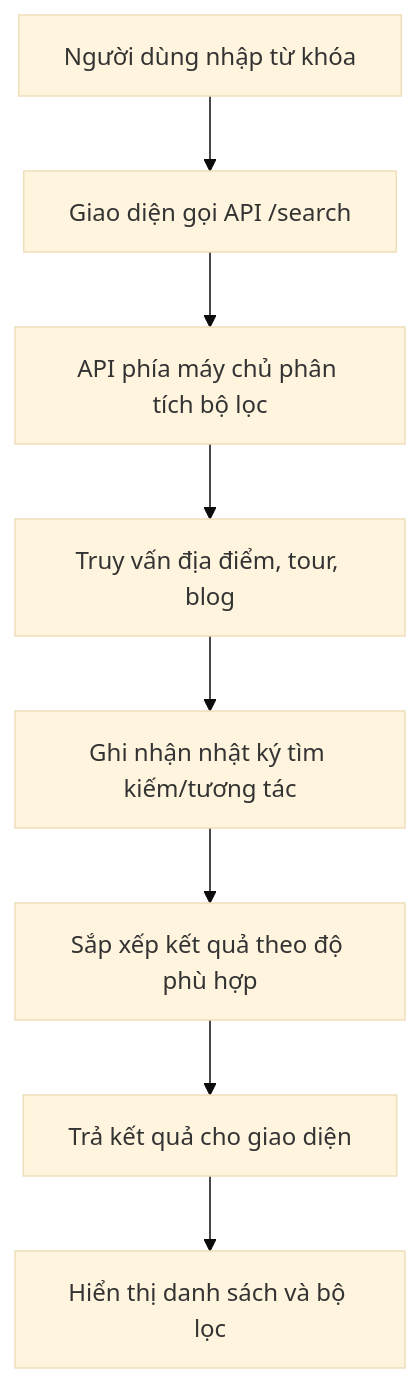
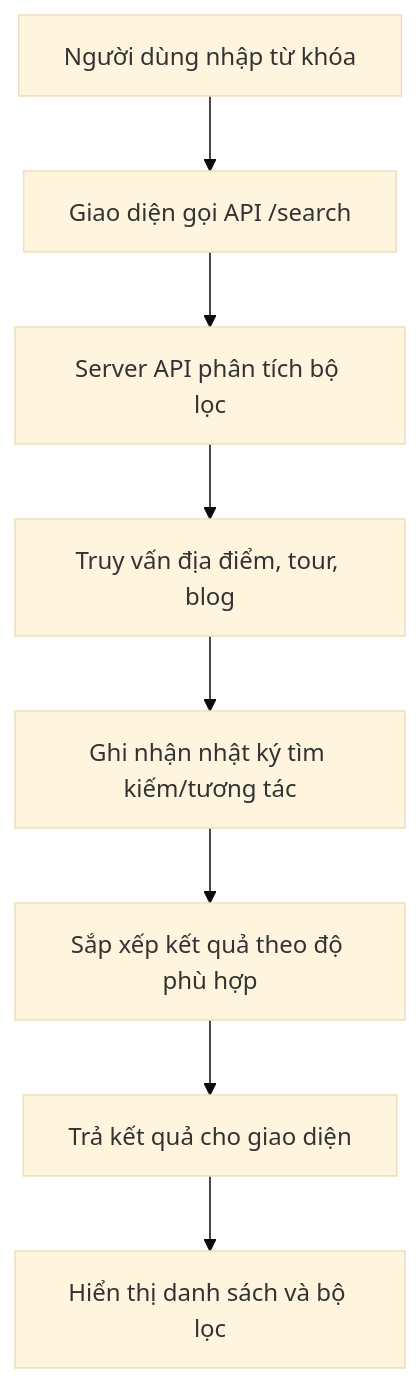
Before and after one commit to TayDuyNguyen/DATN_Document: the eighth of 9 diagrams in bao-cao-do-an-danangtrip-md/03_chuong_2_phan_tich_thiet_ke_he_thong.md, drawn with Mermaid (base theme). The commit also changed other lines of this file and 11 other files, not shown here.

````diff
--- a/bao-cao-do-an-danangtrip-md/03_chuong_2_phan_tich_thiet_ke_he_thong.md
+++ b/bao-cao-do-an-danangtrip-md/03_chuong_2_phan_tich_thiet_ke_he_thong.md
@@ -513,10 +555,10 @@
 ```mermaid
 flowchart TD
     A["Người dùng nhập từ khóa"] --> B["Giao diện gọi API /search"]
-    B --> C["API phía máy chủ phân tích bộ lọc"]
+    B --> C["Server API phân tích bộ lọc"]
     C --> D["Truy vấn địa điểm, tour, blog"]
     D --> E["Ghi nhận nhật ký tìm kiếm/tương tác"]
     E --> F["Sắp xếp kết quả theo độ phù hợp"]
     F --> G["Trả kết quả cho giao diện"]
     G --> H["Hiển thị danh sách và bộ lọc"]
 ```
````
